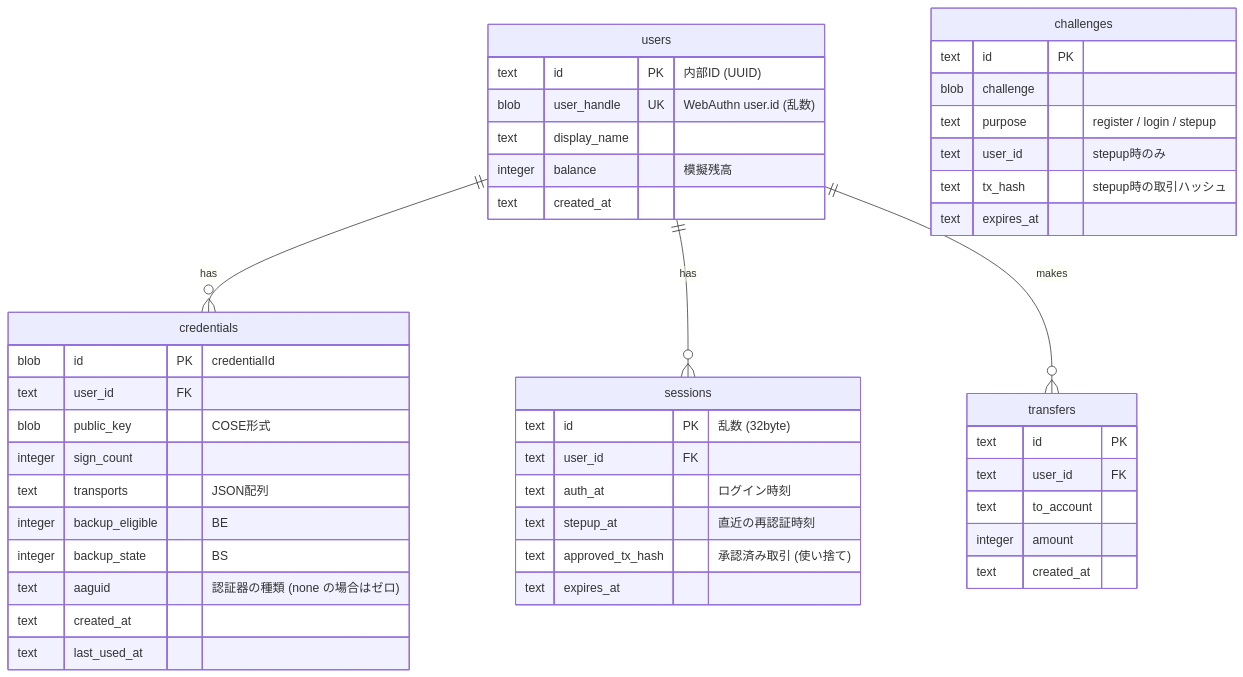
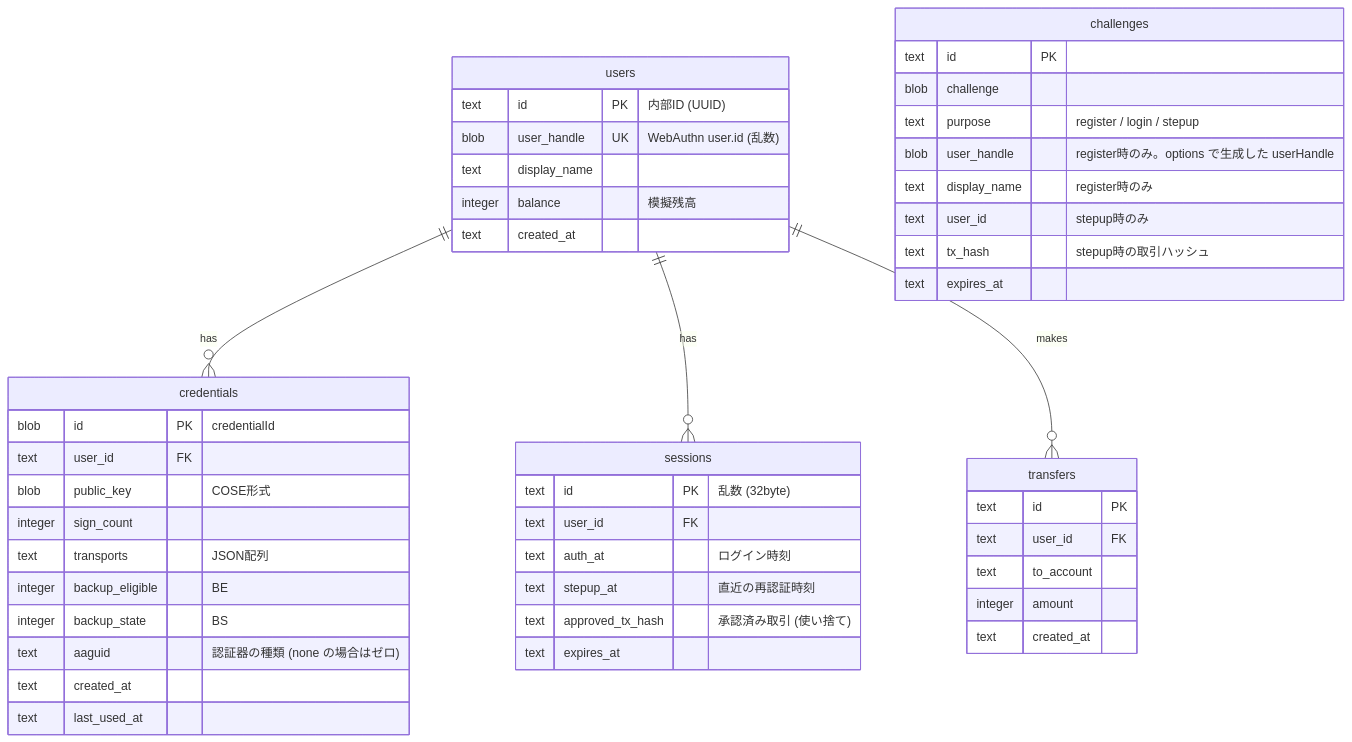
One commit to KazusaNakagawa/try-pass-key changed the sixth of 6 diagrams in docs/01-architecture-proposal-poc.md. Above: the diagram before and after it, drawn with Mermaid. The commit also changed other lines of this file and 3 other files, not shown here.

````diff
--- a/docs/01-architecture-proposal-poc.md
+++ b/docs/01-architecture-proposal-poc.md
@@ -341,49 +367,51 @@
 ```mermaid
 erDiagram
   users ||--o{ credentials : has
   users ||--o{ sessions : has
   users ||--o{ transfers : makes
 
   users {
     text id PK "内部ID (UUID)"
     blob user_handle UK "WebAuthn user.id (乱数)"
     text display_name
     integer balance "模擬残高"
     text created_at
   }
   credentials {
     blob id PK "credentialId"
     text user_id FK
     blob public_key "COSE形式"
     integer sign_count
     text transports "JSON配列"
     integer backup_eligible "BE"
     integer backup_state "BS"
     text aaguid "認証器の種類 (none の場合はゼロ)"
     text created_at
     text last_used_at
   }
   challenges {
     text id PK
     blob challenge
     text purpose "register / login / stepup"
+    blob user_handle "register時のみ。options で生成した userHandle"
+    text display_name "register時のみ"
     text user_id "stepup時のみ"
     text tx_hash "stepup時の取引ハッシュ"
     text expires_at
   }
   sessions {
     text id PK "乱数 (32byte)"
     text user_id FK
     text auth_at "ログイン時刻"
     text stepup_at "直近の再認証時刻"
     text approved_tx_hash "承認済み取引 (使い捨て)"
     text expires_at
   }
   transfers {
     text id PK
     text user_id FK
     text to_account
     integer amount
     text created_at
   }
 ```
````
